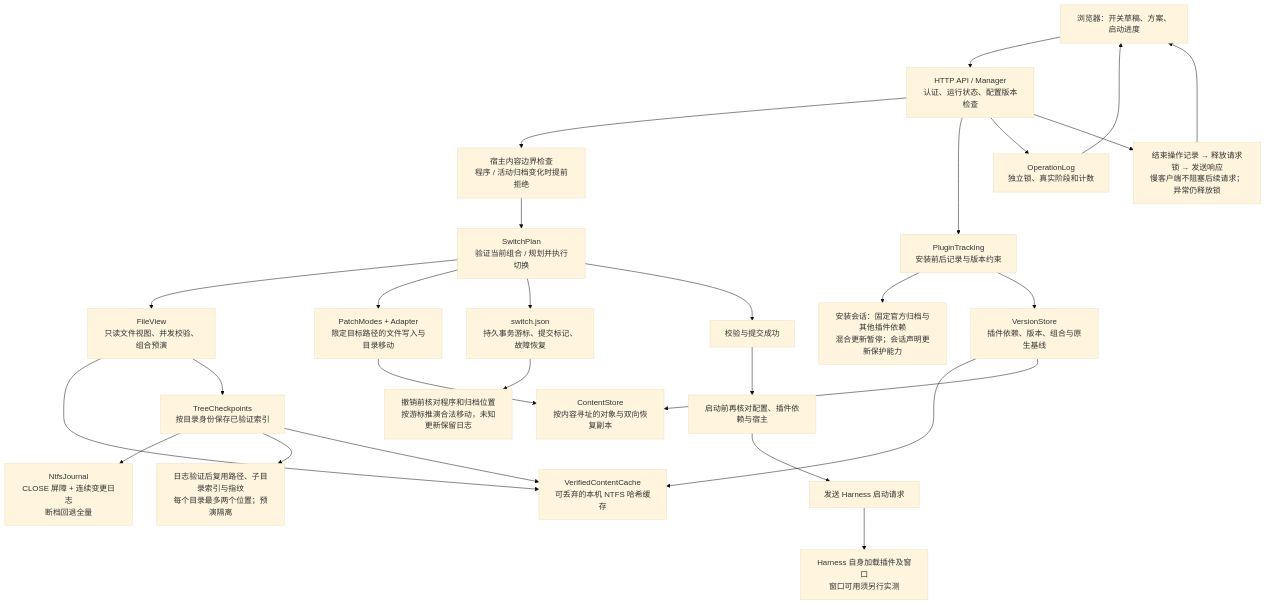
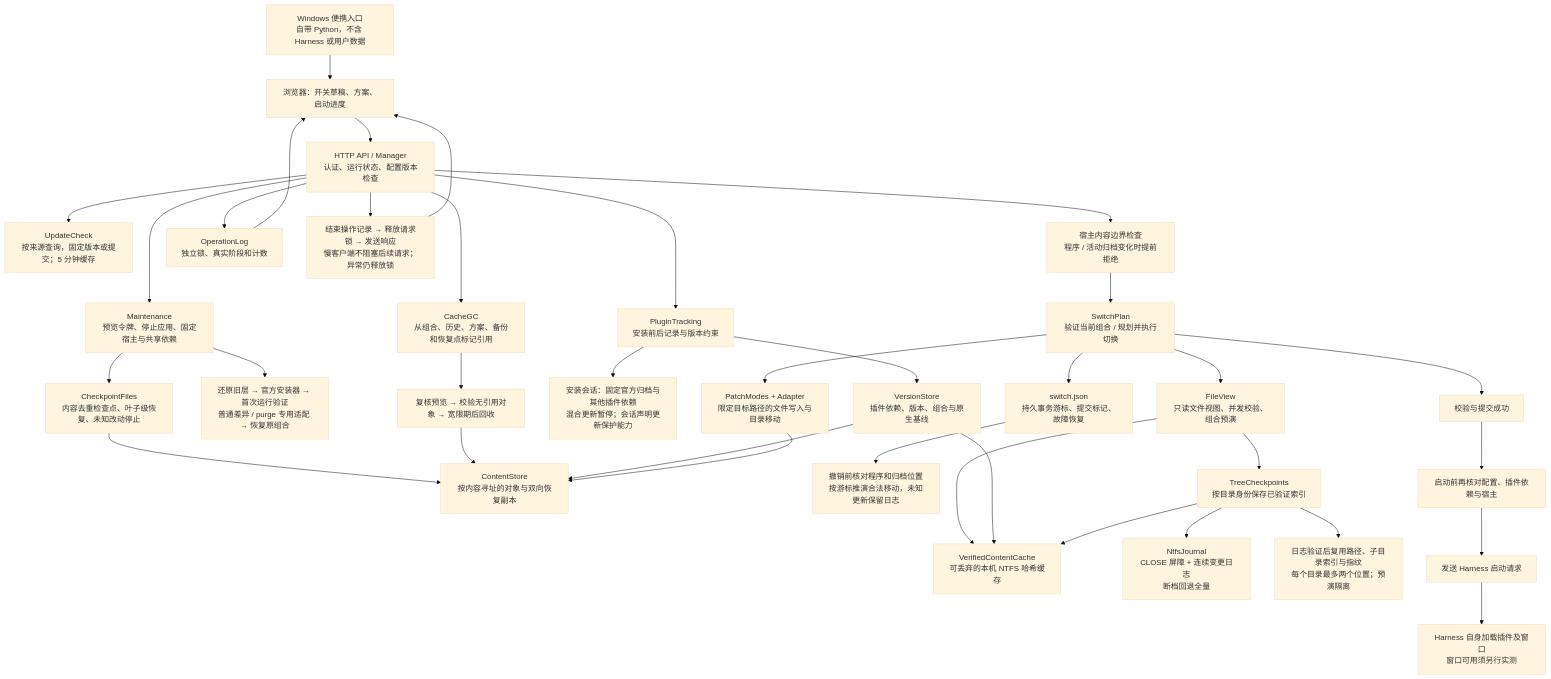
One commit to schrieeeffer/harness-launcher changed the first of 2 diagrams in docs/architecture.md. Above: the diagram before and after it, drawn with Mermaid (base theme). The commit also changed other lines of this file and 35 other files, not shown here.

Commit message:
Add checkpointed plugin maintenance and Windows portable release

````diff
--- a/docs/architecture.md
+++ b/docs/architecture.md
@@ -13,29 +13,38 @@
 ```mermaid
 flowchart TB
     UI["浏览器：开关草稿、方案、启动进度"] --> API["HTTP API / Manager\n认证、运行状态、配置版本检查"]
+    API --> UP["UpdateCheck\n按来源查询，固定版本或提交；5 分钟缓存"]
+    API --> MT["Maintenance\n预览令牌、停止应用、固定宿主与共享依赖"]
+    MT --> CP["CheckpointFiles\n内容去重检查点、叶子级恢复、未知改动停止"]
+    MT --> INSTALL["还原旧层 → 官方安装器 → 首次运行验证\n普通差异 / purge 专用适配 → 恢复原组合"]
+    CP --> CS
+    API --> GC["CacheGC\n从组合、历史、方案、备份和恢复点标记引用"]
+    GC --> SWEEP["复核预览 → 校验无引用对象 → 宽限期后回收"]
+    SWEEP --> CS
+    PORT["Windows 便携入口\n自带 Python，不含 Harness 或用户数据"] --> UI
     API --> HOST["宿主内容边界检查\n程序 / 活动归档变化时提前拒绝"]
     HOST --> SP["SwitchPlan\n验证当前组合 / 规划并执行切换"]
     API --> PT["PluginTracking\n安装前后记录与版本约束"]
     PT --> PIN["安装会话：固定官方归档与其他插件依赖\n混合更新暂停；会话声明更新保护能力"]
     PT --> VS["VersionStore\n插件依赖、版本、组合与原生基线"]
     SP --> FV["FileView\n只读文件视图、并发校验、组合预演"]
     SP --> PM["PatchModes + Adapter\n限定目标路径的文件写入与目录移动"]
     SP --> J["switch.json\n持久事务游标、提交标记、故障恢复"]
     J --> REC["撤销前核对程序和归档位置\n按游标推演合法移动，未知更新保留日志"]
     FV --> VC["VerifiedContentCache\n可丢弃的本机 NTFS 哈希缓存"]
     VS --> VC
     FV --> TC["TreeCheckpoints\n按目录身份保存已验证索引"]
     TC --> USN["NtfsJournal\nCLOSE 屏障 + 连续变更日志\n断档回退全量"]
     TC --> IDX["日志验证后复用路径、子目录索引与指纹\n每个目录最多两个位置；预演隔离"]
     TC --> VC
     VS --> CS["ContentStore\n按内容寻址的对象与双向恢复副本"]
     PM --> CS
     API --> OP["OperationLog\n独立锁、真实阶段和计数"]
     OP --> UI
     API --> RESPONSE["结束操作记录 → 释放请求锁 → 发送响应\n慢客户端不阻塞后续请求；异常仍释放锁"]
     RESPONSE --> UI
     SP --> OK["校验与提交成功"]
     OK --> LAST["启动前再核对配置、插件依赖与宿主"]
     LAST --> RUN["发送 Harness 启动请求"]
     RUN --> WIN["Harness 自身加载插件及窗口\n窗口可用须另行实测"]
 ```
````
